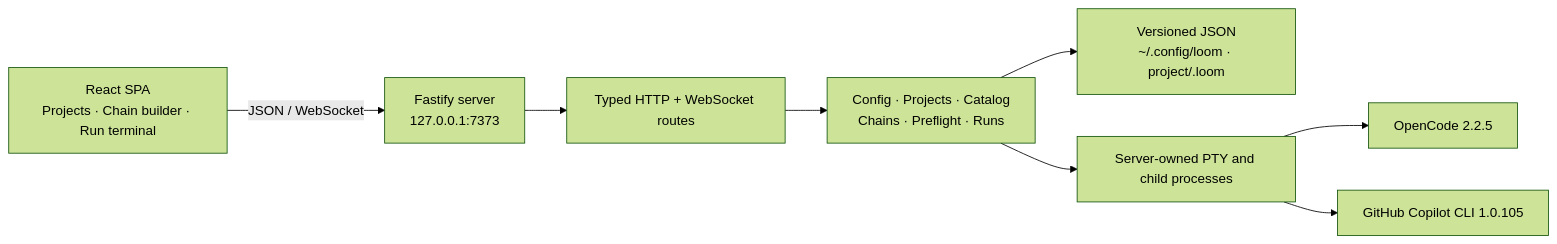
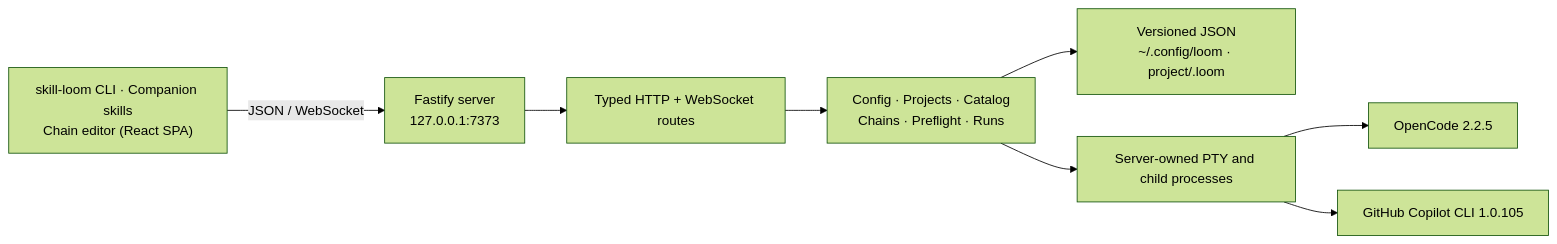
One commit to McFuzzySquirrel/skill-loom changed the diagram in README.md. Above: the diagram before and after it, drawn with Mermaid (forest theme). The commit also changed other lines of this file and 11 other files, not shown here.

First line of the commit message:
Bring documentation in line with the CLI- and skill-driven workflow

````diff
--- a/README.md
+++ b/README.md
@@ -112,19 +101,19 @@
 ```mermaid
 flowchart LR
-  Browser["React SPA<br/>Projects · Chain builder · Run terminal"]
+  Browser["skill-loom CLI · Companion skills<br/>Chain editor (React SPA)"]
   API["Fastify server<br/>127.0.0.1:7373"]
   Routes["Typed HTTP + WebSocket routes"]
   Services["Config · Projects · Catalog<br/>Chains · Preflight · Runs"]
   Store["Versioned JSON<br/>~/.config/loom · project/.loom"]
   PTY["Server-owned PTY and child processes"]
   OpenCode["OpenCode 2.2.5"]
   Copilot["GitHub Copilot CLI 1.0.105"]
 
   Browser -->|"JSON / WebSocket"| API
   API --> Routes
   Routes --> Services
   Services --> Store
   Services --> PTY
   PTY --> OpenCode
   PTY --> Copilot
 ```
````
